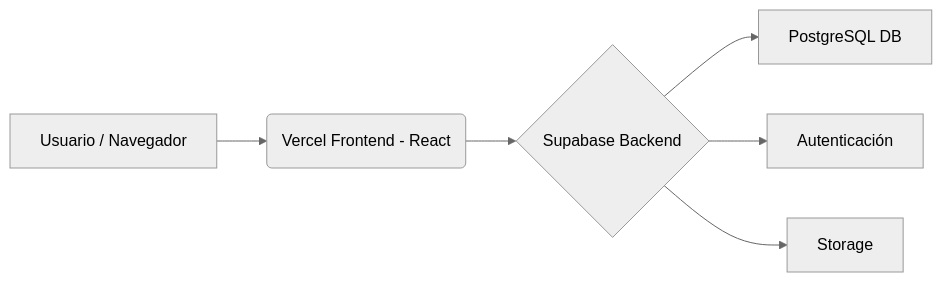
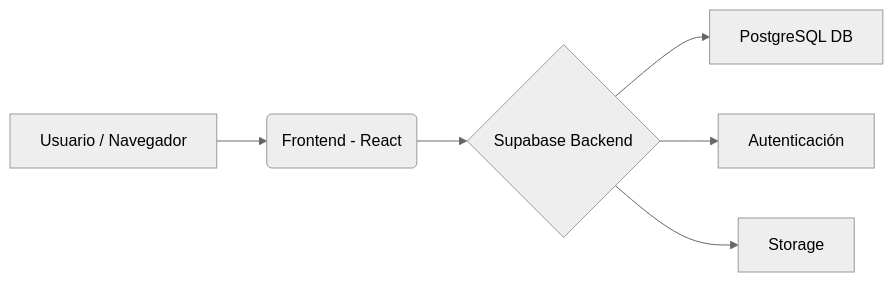
Before and after one commit to Alexsoto042/kineticfree: the diagram in README.md, drawn with Mermaid (neutral theme). The commit also changed other lines of this file, not shown here.

````diff
--- a/README.md
+++ b/README.md
@@ -27,8 +27,8 @@
 ```mermaid
 graph LR
-    A[Usuario / Navegador] --> B(Vercel Frontend - React)
+    A[Usuario / Navegador] --> B(Frontend - React)
     B --> C{Supabase Backend}
     C --> D[PostgreSQL DB]
     C --> E[Autenticación]
     C --> F[Storage]
 ```
````
